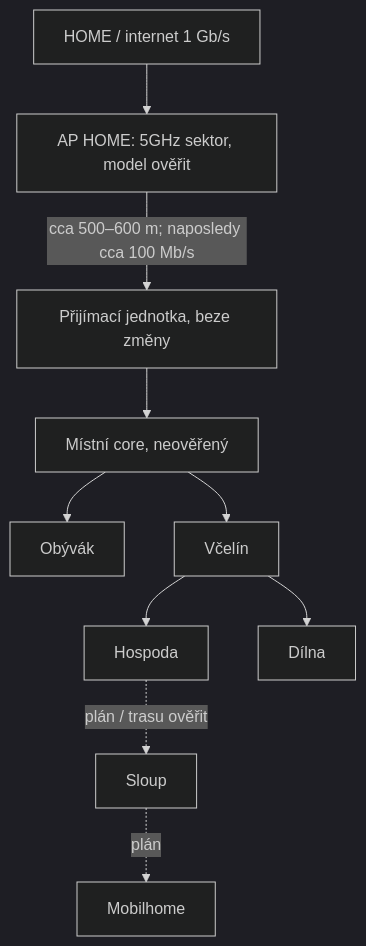
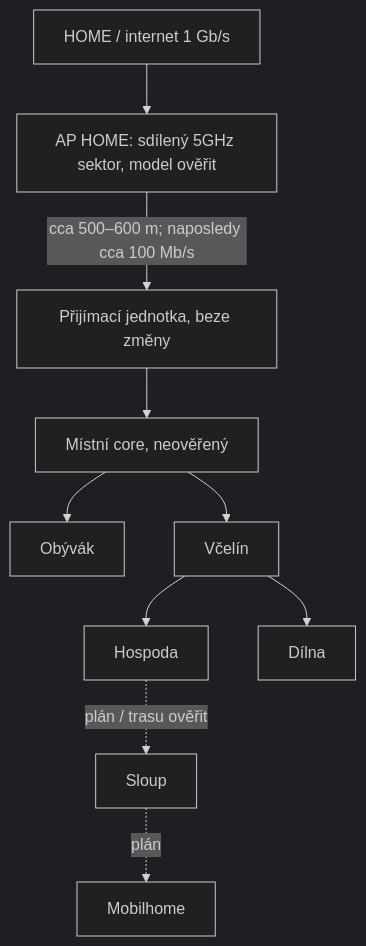
The first of 2 diagrams in Rybniky-Amerika/Topologie.md (msporik/Madmike-infra), drawn with Mermaid (dark theme) before and after one commit. The commit also changed other lines of this file, not shown here.

````diff
--- a/Rybniky-Amerika/Topologie.md
+++ b/Rybniky-Amerika/Topologie.md
@@ -5,12 +7,12 @@
 ```mermaid
 flowchart TD
-    HOME["HOME / internet 1 Gb/s"] --> APHOME["AP HOME: 5GHz sektor, model ověřit"]
+    HOME["HOME / internet 1 Gb/s"] --> APHOME["AP HOME: sdílený 5GHz sektor, model ověřit"]
     APHOME -->|"cca 500–600 m; naposledy cca 100 Mb/s"| RX["Přijímací jednotka, beze změny"]
     RX --> CORE["Místní core, neověřený"]
     CORE --> OBYVAK["Obývák"]
     CORE --> VCELIN["Včelín"]
     VCELIN --> HOSPODA["Hospoda"]
     VCELIN --> DILNA["Dílna"]
     HOSPODA -. "plán / trasu ověřit" .-> SLOUP["Sloup"]
     SLOUP -. "plán" .-> MOBILHOME["Mobilhome"]
 ```
````
